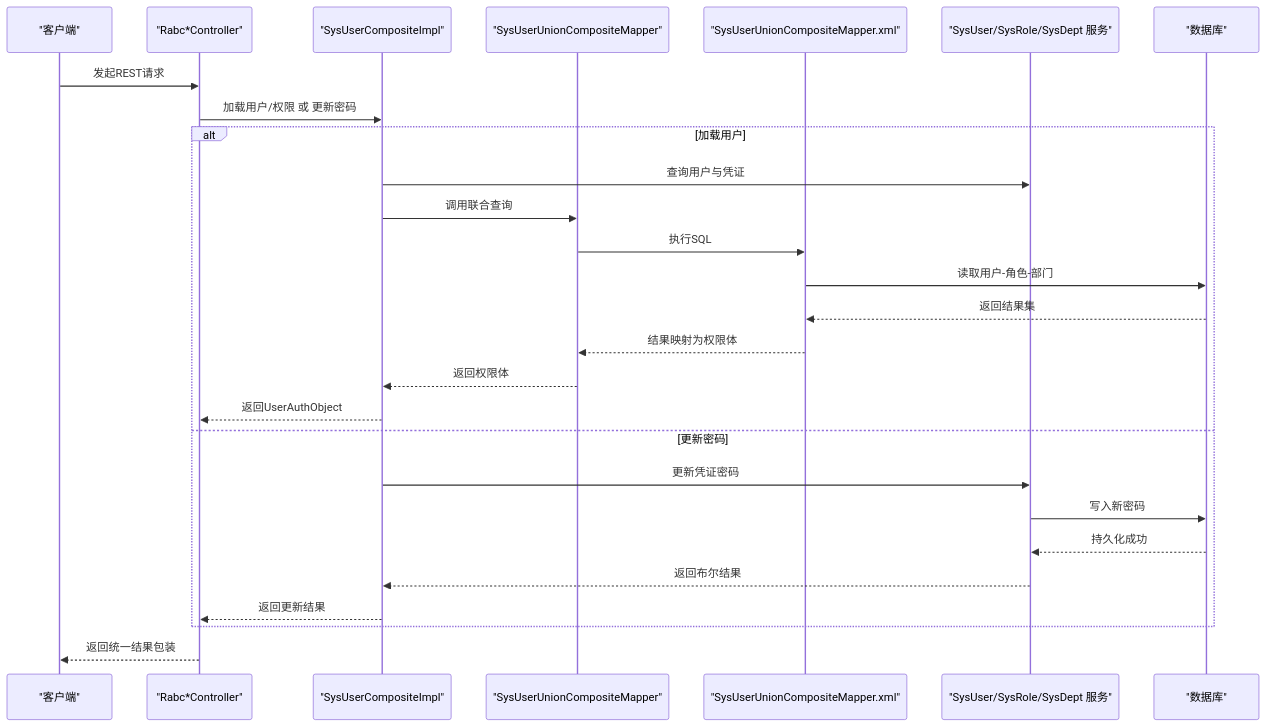
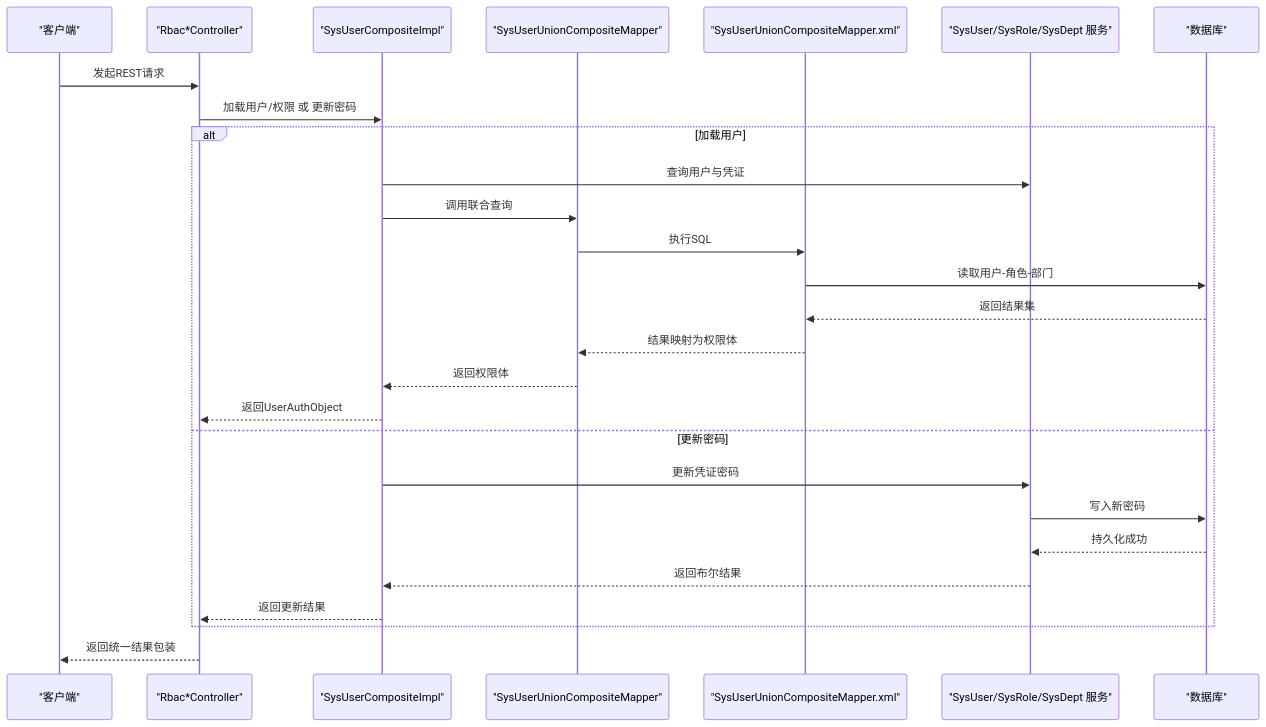
The second of 6 diagrams in .qoder/repowiki/zh/content/权限系统 (qy-auth)/RBAC实现 (auth-rbac)/RBAC实现 (auth-rbac).md (LiukewenSC/kewen-framework), drawn with Mermaid before and after one commit. The commit also changed other lines of this file and 764 other files, not shown here.

````diff
--- a/.qoder/repowiki/zh/content/权限系统 (qy-auth)/RBAC实现 (auth-rbac)/RBAC实现 (auth-rbac).md
+++ b/.qoder/repowiki/zh/content/权限系统 (qy-auth)/RBAC实现 (auth-rbac)/RBAC实现 (auth-rbac).md
@@ -156,29 +156,29 @@
 ```mermaid
 sequenceDiagram
 participant Client as "客户端"
-participant Ctrl as "Rabc*Controller"
+participant Ctrl as "Rbac*Controller"
 participant Comp as "SysUserCompositeImpl"
 participant Mapper as "SysUserUnionCompositeMapper"
 participant XML as "SysUserUnionCompositeMapper.xml"
 participant Svc as "SysUser/SysRole/SysDept 服务"
 participant DB as "数据库"
 Client->>Ctrl : 发起REST请求
 Ctrl->>Comp : 加载用户/权限 或 更新密码
 alt 加载用户
 Comp->>Svc : 查询用户与凭证
 Comp->>Mapper : 调用联合查询
 Mapper->>XML : 执行SQL
 XML->>DB : 读取用户-角色-部门
 DB-->>XML : 返回结果集
 XML-->>Mapper : 结果映射为权限体
 Mapper-->>Comp : 返回权限体
 Comp-->>Ctrl : 返回UserAuthObject
 else 更新密码
 Comp->>Svc : 更新凭证密码
 Svc->>DB : 写入新密码
 DB-->>Svc : 持久化成功
 Svc-->>Comp : 返回布尔结果
 Comp-->>Ctrl : 返回更新结果
 end
 Ctrl-->>Client : 返回统一结果包装
 ```
````
